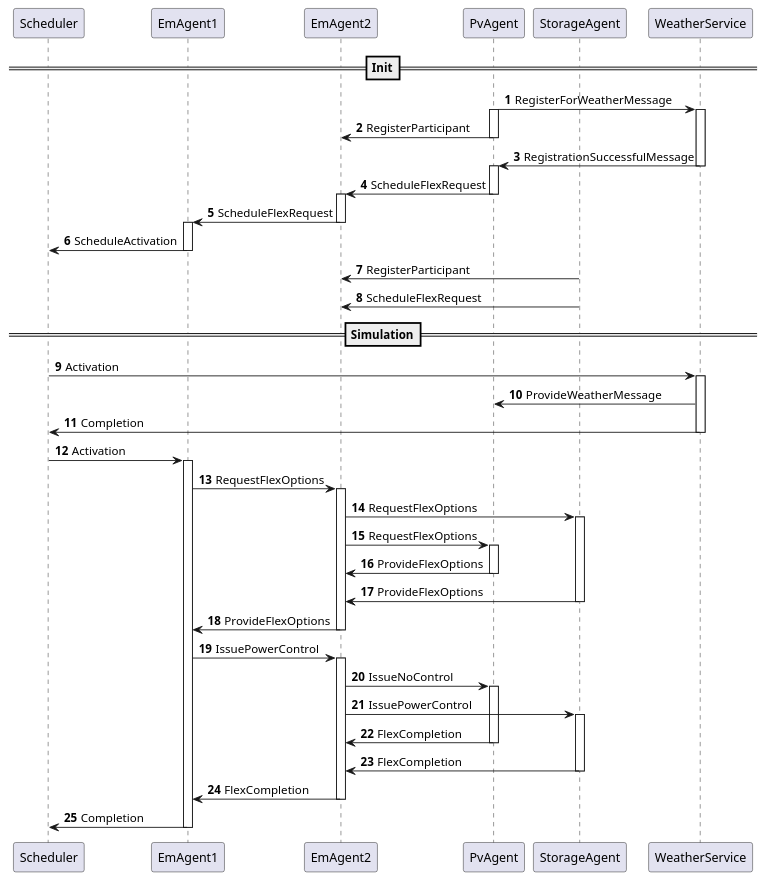
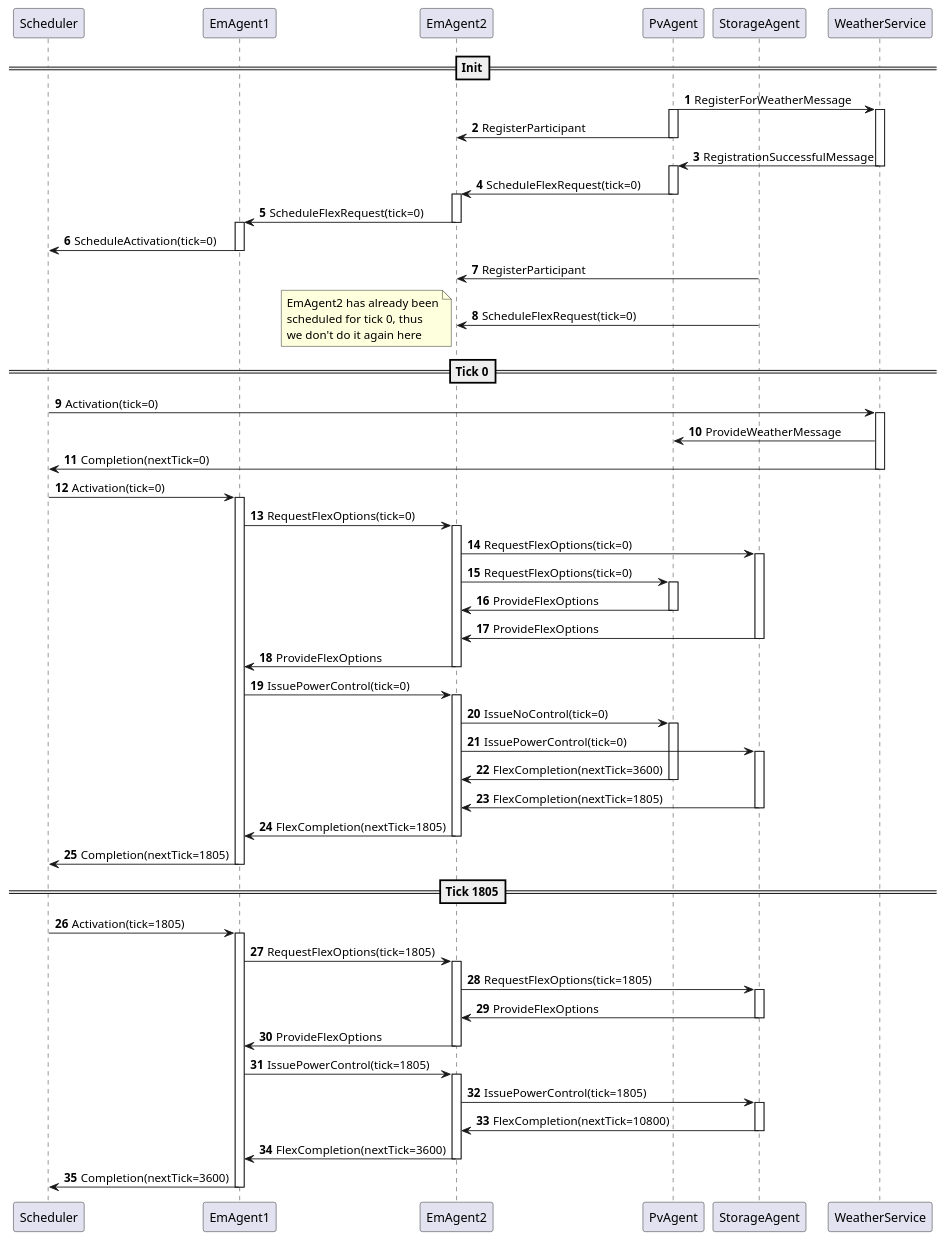
Before and after one commit to ie3-institute/simona: the diagram in docs/uml/protocol/em/ControlledEm.puml, drawn with PlantUML. The commit also changed 1 other file, not shown here.

```diff
--- a/docs/uml/protocol/em/ControlledEm.puml
+++ b/docs/uml/protocol/em/ControlledEm.puml
@@ -1,90 +1,128 @@
 @startuml
 'https://plantuml.com/sequence-diagram
 
 ' set fixed order
 participant Scheduler
 participant EmAgent1
 participant EmAgent2
 participant PvAgent
 participant StorageAgent
 participant WeatherService
 
 autonumber
 
 ==Init==
 
 PvAgent -> WeatherService: RegisterForWeatherMessage
 activate PvAgent
 activate WeatherService
 PvAgent -> EmAgent2: RegisterParticipant
 deactivate PvAgent
 
 WeatherService -> PvAgent: RegistrationSuccessfulMessage
 deactivate WeatherService
 activate PvAgent
-PvAgent -> EmAgent2: ScheduleFlexRequest
+PvAgent -> EmAgent2: ScheduleFlexRequest(tick=0)
 deactivate PvAgent
 activate EmAgent2
 
-EmAgent2 -> EmAgent1: ScheduleFlexRequest
+EmAgent2 -> EmAgent1: ScheduleFlexRequest(tick=0)
 deactivate EmAgent2
 activate EmAgent1
-EmAgent1 -> Scheduler: ScheduleActivation
+EmAgent1 -> Scheduler: ScheduleActivation(tick=0)
 deactivate EmAgent1
 
 StorageAgent -> EmAgent2: RegisterParticipant
-StorageAgent -> EmAgent2: ScheduleFlexRequest
+StorageAgent -> EmAgent2: ScheduleFlexRequest(tick=0)
 
-==Simulation==
+note left
+EmAgent2 has already been
+scheduled for tick 0, thus
+we don't do it again here
+end note
 
-Scheduler -> WeatherService: Activation
+==Tick 0==
+
+Scheduler -> WeatherService: Activation(tick=0)
 activate WeatherService
 
 WeatherService -> PvAgent: ProvideWeatherMessage
 
-WeatherService -> Scheduler: Completion
+WeatherService -> Scheduler: Completion(nextTick=0)
 deactivate WeatherService
 
-Scheduler -> EmAgent1: Activation
+Scheduler -> EmAgent1: Activation(tick=0)
 activate EmAgent1
 
-EmAgent1 -> EmAgent2: RequestFlexOptions
+EmAgent1 -> EmAgent2: RequestFlexOptions(tick=0)
 activate EmAgent2
 
-EmAgent2 -> StorageAgent: RequestFlexOptions
+EmAgent2 -> StorageAgent: RequestFlexOptions(tick=0)
 activate StorageAgent
 
-EmAgent2 -> PvAgent: RequestFlexOptions
+EmAgent2 -> PvAgent: RequestFlexOptions(tick=0)
 activate PvAgent
 
 PvAgent -> EmAgent2: ProvideFlexOptions
 deactivate PvAgent
 
 StorageAgent -> EmAgent2: ProvideFlexOptions
 deactivate StorageAgent
 
 EmAgent2 -> EmAgent1: ProvideFlexOptions
 deactivate EmAgent2
 
-EmAgent1 -> EmAgent2: IssuePowerControl
+EmAgent1 -> EmAgent2: IssuePowerControl(tick=0)
 activate EmAgent2
 
-EmAgent2 -> PvAgent: IssueNoControl
+EmAgent2 -> PvAgent: IssueNoControl(tick=0)
 activate PvAgent
 
-EmAgent2 -> StorageAgent: IssuePowerControl
+EmAgent2 -> StorageAgent: IssuePowerControl(tick=0)
 activate StorageAgent
 
-PvAgent -> EmAgent2: FlexCompletion
+PvAgent -> EmAgent2: FlexCompletion(nextTick=3600)
 deactivate PvAgent
 
-StorageAgent -> EmAgent2: FlexCompletion
+StorageAgent -> EmAgent2: FlexCompletion(nextTick=1805)
 deactivate StorageAgent
 
-EmAgent2 -> EmAgent1: FlexCompletion
+EmAgent2 -> EmAgent1: FlexCompletion(nextTick=1805)
 deactivate EmAgent2
 
-EmAgent1 -> Scheduler: Completion
+EmAgent1 -> Scheduler: Completion(nextTick=1805)
+deactivate EmAgent1
+
+==Tick 1805==
+
+Scheduler -> EmAgent1: Activation(tick=1805)
+activate EmAgent1
+
+EmAgent1 -> EmAgent2: RequestFlexOptions(tick=1805)
+activate EmAgent2
+
+EmAgent2 -> StorageAgent: RequestFlexOptions(tick=1805)
+activate StorageAgent
+
+StorageAgent -> EmAgent2: ProvideFlexOptions
+deactivate StorageAgent
+
+EmAgent2 -> EmAgent1: ProvideFlexOptions
+deactivate EmAgent2
+
+EmAgent1 -> EmAgent2: IssuePowerControl(tick=1805)
+activate EmAgent2
+
+EmAgent2 -> StorageAgent: IssuePowerControl(tick=1805)
+activate StorageAgent
+
+StorageAgent -> EmAgent2: FlexCompletion(nextTick=10800)
+deactivate StorageAgent
+
+EmAgent2 -> EmAgent1: FlexCompletion(nextTick=3600)
+deactivate EmAgent2
+
+EmAgent1 -> Scheduler: Completion(nextTick=3600)
 deactivate EmAgent1
 
 @enduml
```
